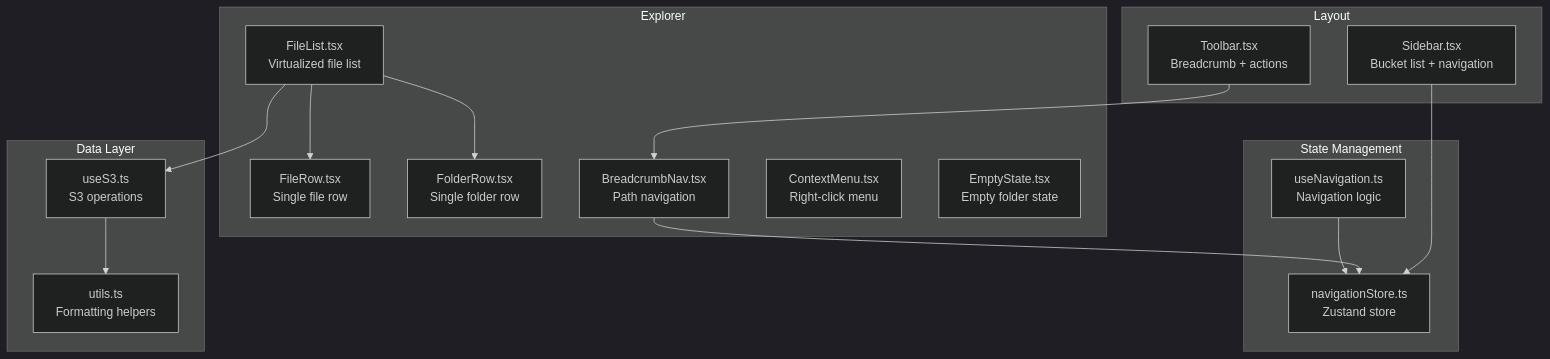
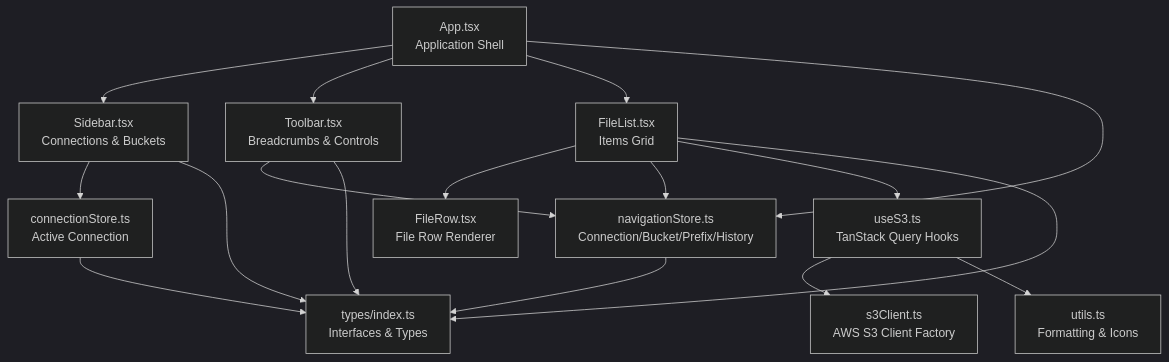
Before and after one commit to nasrulhadi/s3-explorer: the first of 11 diagrams in .qoder/repowiki/en/content/Core Features/File Browser Interface.md, drawn with Mermaid (dark theme). The commit also changed other lines of this file and 46 other files, not shown here.

Commit message:
Context menu (right-click), modal/popup add connections, regenerate wiki

````diff
--- a/.qoder/repowiki/en/content/Core Features/File Browser Interface.md
+++ b/.qoder/repowiki/en/content/Core Features/File Browser Interface.md
@@ -40,31 +43,19 @@
 ```mermaid
 graph TB
-subgraph "Layout"
-Sidebar["Sidebar.tsx<br/>Bucket list + navigation"]
-Toolbar["Toolbar.tsx<br/>Breadcrumb + actions"]
-end
-subgraph "Explorer"
-FileList["FileList.tsx<br/>Virtualized file list"]
-FileRow["FileRow.tsx<br/>Single file row"]
-FolderRow["FolderRow.tsx<br/>Single folder row"]
-BreadcrumbNav["BreadcrumbNav.tsx<br/>Path navigation"]
-ContextMenu["ContextMenu.tsx<br/>Right-click menu"]
-EmptyState["EmptyState.tsx<br/>Empty folder state"]
-end
-subgraph "State Management"
-NavigationHook["useNavigation.ts<br/>Navigation logic"]
-NavigationStore["navigationStore.ts<br/>Zustand store"]
-end
-subgraph "Data Layer"
-S3Hook["useS3.ts<br/>S3 operations"]
-Utils["utils.ts<br/>Formatting helpers"]
-end
-Sidebar --> NavigationStore
-Toolbar --> BreadcrumbNav
-FileList --> FileRow
-FileList --> FolderRow
-FileList --> S3Hook
-BreadcrumbNav --> NavigationStore
-NavigationHook --> NavigationStore
-S3Hook --> Utils
+App["App.tsx<br/>Application Shell"] --> Sidebar["Sidebar.tsx<br/>Connections & Buckets"]
+App --> Toolbar["Toolbar.tsx<br/>Breadcrumbs & Controls"]
+App --> FileList["FileList.tsx<br/>Items Grid"]
+FileList --> FileRow["FileRow.tsx<br/>File Row Renderer"]
+Sidebar --> ConnectionStore["connectionStore.ts<br/>Active Connection"]
+Toolbar --> NavigationStore["navigationStore.ts<br/>Connection/Bucket/Prefix/History"]
+FileList --> NavigationStore
+App --> NavigationStore
+FileList --> UseS3["useS3.ts<br/>TanStack Query Hooks"]
+UseS3 --> S3Client["s3Client.ts<br/>AWS S3 Client Factory"]
+UseS3 --> Utils["utils.ts<br/>Formatting & Icons"]
+NavigationStore --> Types["types/index.ts<br/>Interfaces & Types"]
+ConnectionStore --> Types
+FileList --> Types
+Sidebar --> Types
+Toolbar --> Types
 ```
````
